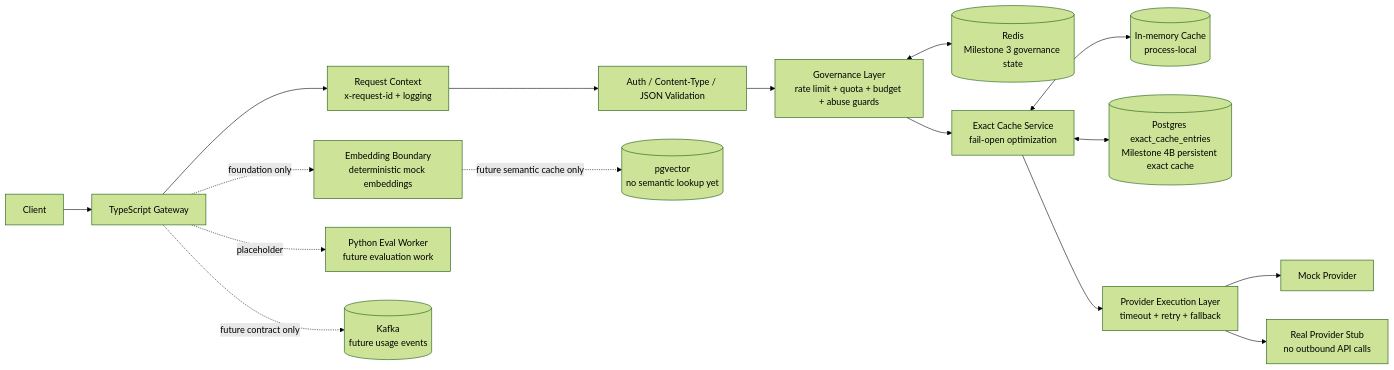
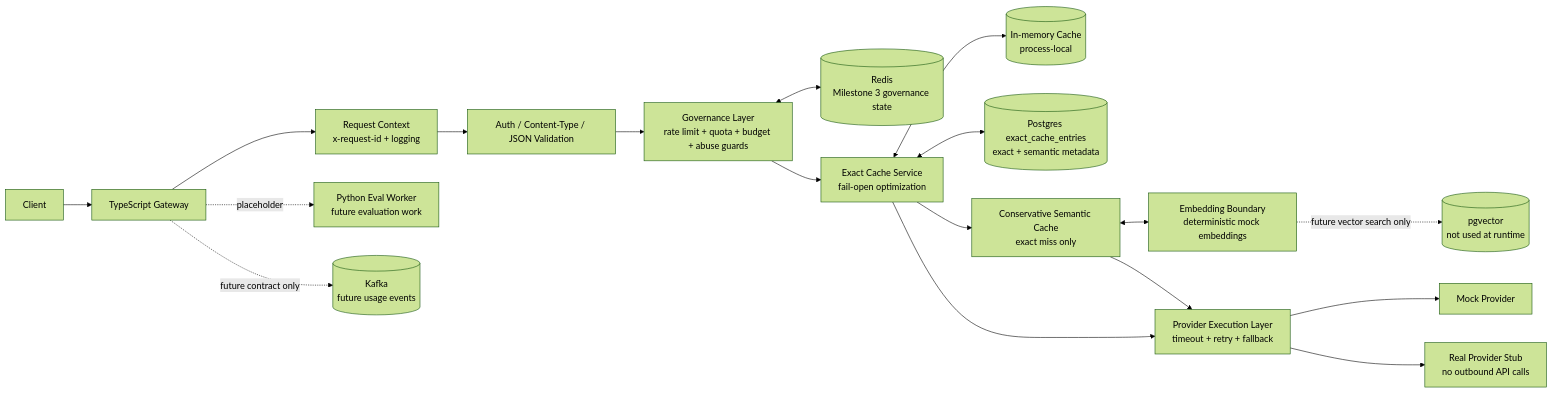
The diagram in README.md (AmanCode9/inference-gateway-platform), drawn with Mermaid (forest theme) before and after one commit. The commit also changed other lines of this file and 23 other files, not shown here.

Commit message:
feat(gateway): add conservative semantic cache

````diff
--- a/README.md
+++ b/README.md
@@ -68,18 +77,20 @@
 ```mermaid
 flowchart LR
   Client[Client] --> Gateway[TypeScript Gateway]
   Gateway --> RequestContext[Request Context<br/>x-request-id + logging]
   RequestContext --> AuthValidation[Auth / Content-Type / JSON Validation]
   AuthValidation --> Governance[Governance Layer<br/>rate limit + quota + budget + abuse guards]
   Governance <--> Redis[(Redis<br/>Milestone 3 governance state)]
   Governance --> ExactCache[Exact Cache Service<br/>fail-open optimization]
   ExactCache <--> MemoryCache[(In-memory Cache<br/>process-local)]
-  ExactCache <--> PostgresCache[(Postgres exact_cache_entries<br/>Milestone 4B persistent exact cache)]
-  ExactCache --> ProviderExecution[Provider Execution Layer<br/>timeout + retry + fallback]
+  ExactCache <--> PostgresCache[(Postgres exact_cache_entries<br/>exact + semantic metadata)]
+  ExactCache --> SemanticCache[Conservative Semantic Cache<br/>exact miss only]
+  SemanticCache <--> EmbeddingBoundary[Embedding Boundary<br/>deterministic mock embeddings]
+  SemanticCache --> ProviderExecution[Provider Execution Layer<br/>timeout + retry + fallback]
+  ExactCache --> ProviderExecution
   ProviderExecution --> MockProvider[Mock Provider]
   ProviderExecution --> RealStub[Real Provider Stub<br/>no outbound API calls]
-  Gateway -. foundation only .-> EmbeddingBoundary[Embedding Boundary<br/>deterministic mock embeddings]
   Gateway -. placeholder .-> EvalWorker[Python Eval Worker<br/>future evaluation work]
   Gateway -. future contract only .-> Kafka[(Kafka<br/>future usage events)]
-  EmbeddingBoundary -. future semantic cache only .-> Pgvector[(pgvector<br/>no semantic lookup yet)]
+  EmbeddingBoundary -. future vector search only .-> Pgvector[(pgvector<br/>not used at runtime)]
 ```
````
